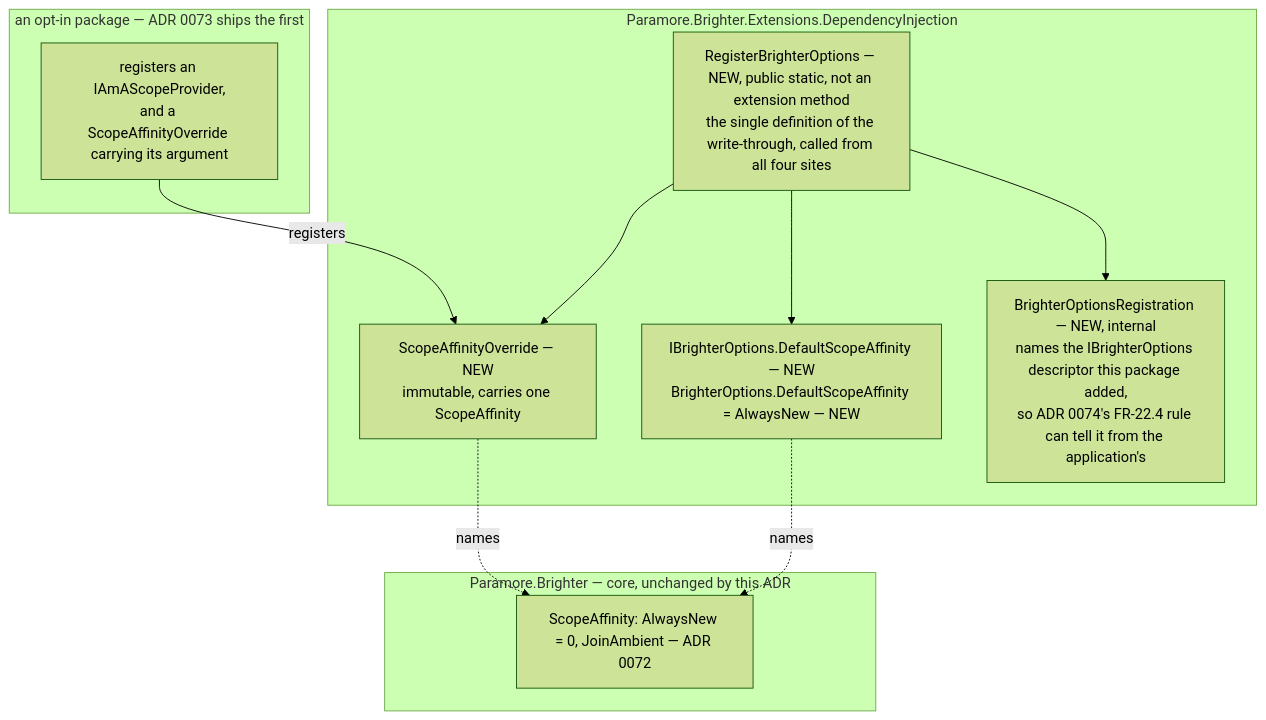
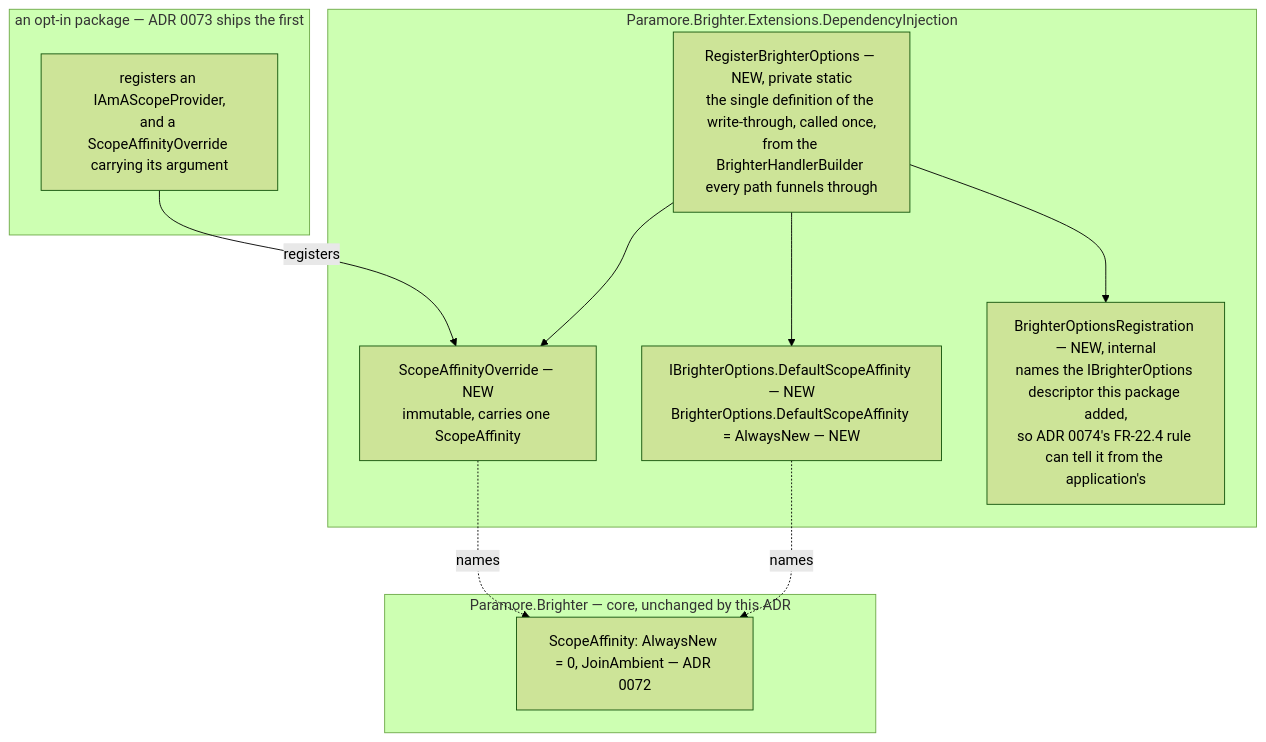
Before and after one commit to BrighterCommand/Brighter: the third of 3 diagrams in docs/adr/0076-scope-affinity-option-and-write-through.md, drawn with Mermaid (forest theme). The commit also changed other lines of this file, not shown here.

First line of the commit message:
docs: ADR 0076 — the write-through funnels through BrighterHandlerBuilder (round-4 decision 4)

````diff
--- a/docs/adr/0076-scope-affinity-option-and-write-through.md
+++ b/docs/adr/0076-scope-affinity-option-and-write-through.md
@@ -133,24 +133,24 @@
 ```mermaid
 flowchart TB
     subgraph core["Paramore.Brighter — core, unchanged by this ADR"]
         affinity["ScopeAffinity: AlwaysNew = 0, JoinAmbient — ADR 0072"]
     end
 
     subgraph di["Paramore.Brighter.Extensions.DependencyInjection"]
         opt["IBrighterOptions.DefaultScopeAffinity — NEW<br/>BrighterOptions.DefaultScopeAffinity = AlwaysNew — NEW"]
         ovr["ScopeAffinityOverride — NEW<br/>immutable, carries one ScopeAffinity"]
-        reg["RegisterBrighterOptions — NEW, public static, not an extension method<br/>the single definition of the write-through, called from all four sites"]
+        reg["RegisterBrighterOptions — NEW, private static<br/>the single definition of the write-through, called once,<br/>from the BrighterHandlerBuilder every path funnels through"]
         rec["BrighterOptionsRegistration — NEW, internal<br/>names the IBrighterOptions descriptor this package added,<br/>so ADR 0074's FR-22.4 rule can tell it from the application's"]
         reg --> opt
         reg --> ovr
         reg --> rec
     end
 
     subgraph optin["an opt-in package — ADR 0073 ships the first"]
         extn["registers an IAmAScopeProvider,<br/>and a ScopeAffinityOverride carrying its argument"]
     end
 
     opt -. "names" .-> affinity
     ovr -. "names" .-> affinity
     extn -- "registers" --> ovr
 ```
````
